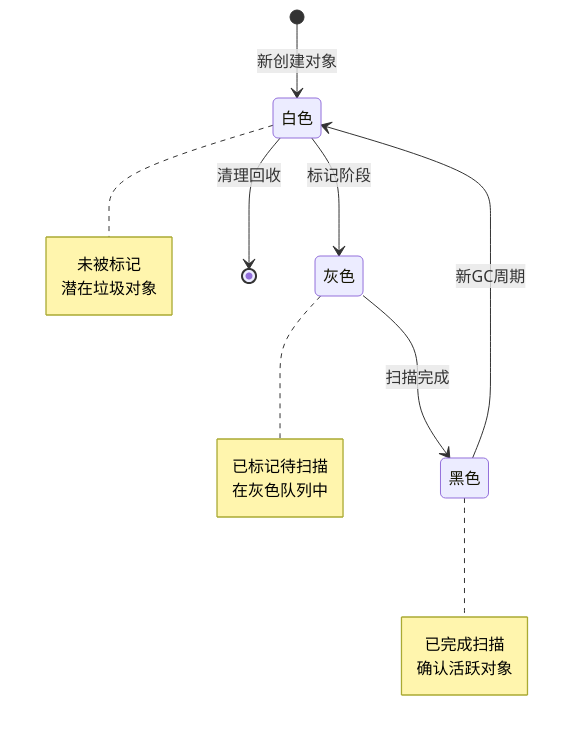
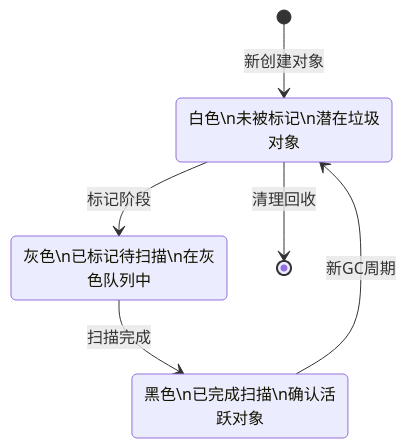
One commit to YanqingXu/lua_c_analysis changed the second of 3 diagrams in docs/wiki.md. Above: the diagram before and after it, drawn with Mermaid. The commit also changed other lines of this file and 2 other files, not shown here.

First line of the commit message:
docs(graph): 优化 Mermaid 图表语法和样式规范

````diff
--- a/docs/wiki.md
+++ b/docs/wiki.md
@@ -113,23 +115,12 @@
 ```mermaid
 stateDiagram-v2
-    [*] --> 白色: 新创建对象
-    白色 --> 灰色: 标记阶段
-    灰色 --> 黑色: 扫描完成
-    黑色 --> 白色: 新GC周期
-    白色 --> [*]: 清理回收
+    [*] --> White: 新创建对象
+    White --> Gray: 标记阶段
+    Gray --> Black: 扫描完成
+    Black --> White: 新GC周期
+    White --> [*]: 清理回收
 
-    note right of 白色
-        未被标记
-        潜在垃圾对象
-    end note
-    
-    note right of 灰色
-        已标记待扫描
-        在灰色队列中
-    end note
-    
-    note right of 黑色
-        已完成扫描
-        确认活跃对象
-    end note
+    White: 白色\n未被标记\n潜在垃圾对象
+    Gray: 灰色\n已标记待扫描\n在灰色队列中
+    Black: 黑色\n已完成扫描\n确认活跃对象
 ```
````
